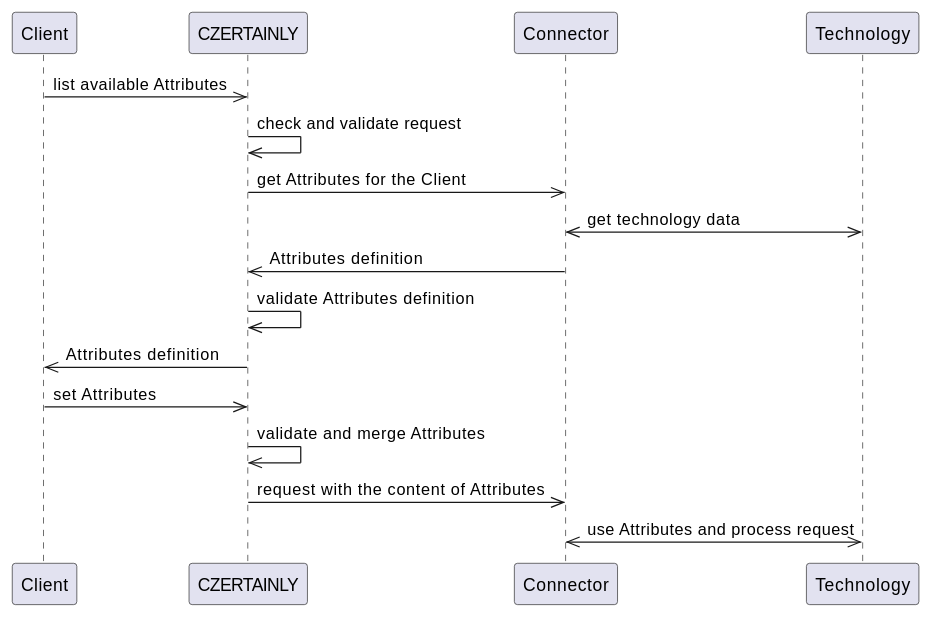
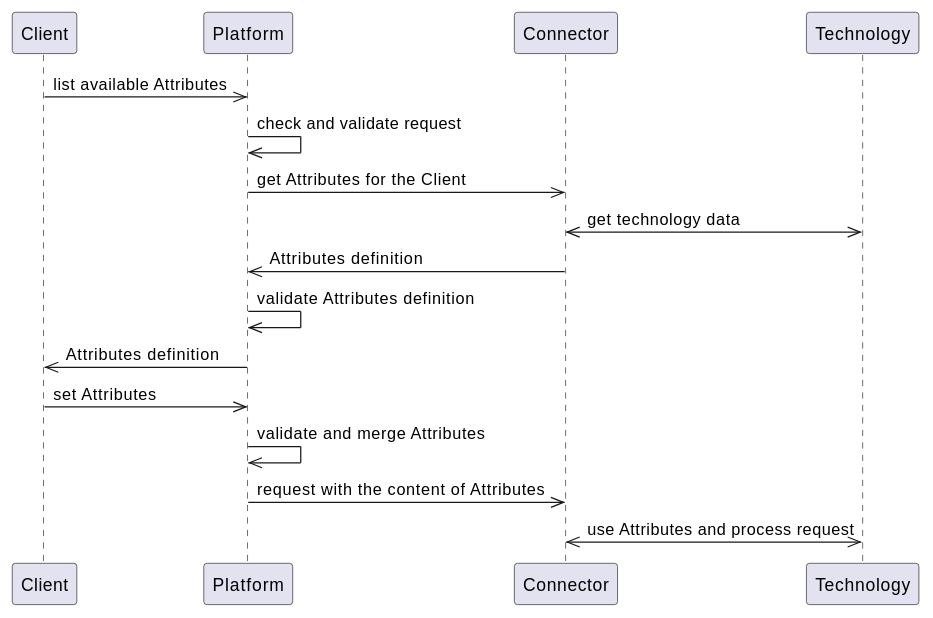
One commit to OmniTrustILM/documentation changed the first of 2 diagrams in docs/contributors/attributes/overview.md. Above: the diagram before and after it, drawn with PlantUML. The commit also changed other lines of this file and 124 other files, not shown here.

````diff
--- a/docs/contributors/attributes/overview.md
+++ b/docs/contributors/attributes/overview.md
@@ -24,15 +24,15 @@
 ```plantuml
     @startuml
-        Client ->> CZERTAINLY: list available Attributes
-        CZERTAINLY ->> CZERTAINLY: check and validate request
-        CZERTAINLY ->> Connector: get Attributes for the Client
+        Client ->> Platform: list available Attributes
+        Platform ->> Platform: check and validate request
+        Platform ->> Connector: get Attributes for the Client
         Connector <<->> Technology: get technology data
-        Connector ->> CZERTAINLY: Attributes definition
-        CZERTAINLY ->> CZERTAINLY: validate Attributes definition
-        CZERTAINLY ->> Client: Attributes definition
-        Client ->> CZERTAINLY: set Attributes
-        CZERTAINLY ->> CZERTAINLY: validate and merge Attributes
-        CZERTAINLY ->> Connector: request with the content of Attributes
+        Connector ->> Platform: Attributes definition
+        Platform ->> Platform: validate Attributes definition
+        Platform ->> Client: Attributes definition
+        Client ->> Platform: set Attributes
+        Platform ->> Platform: validate and merge Attributes
+        Platform ->> Connector: request with the content of Attributes
         Connector <<->> Technology: use Attributes and process request
     @enduml
 ```
````
